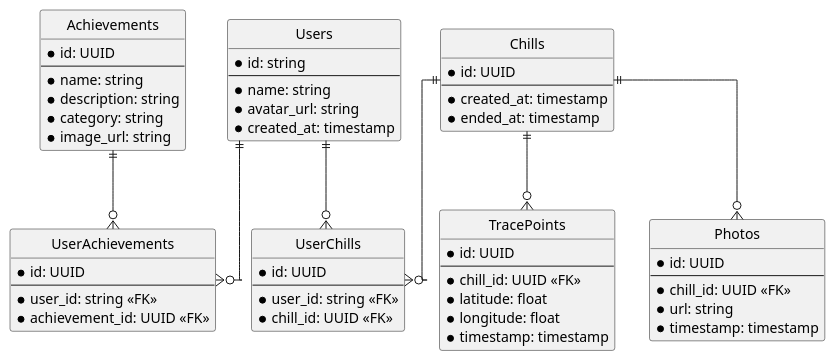
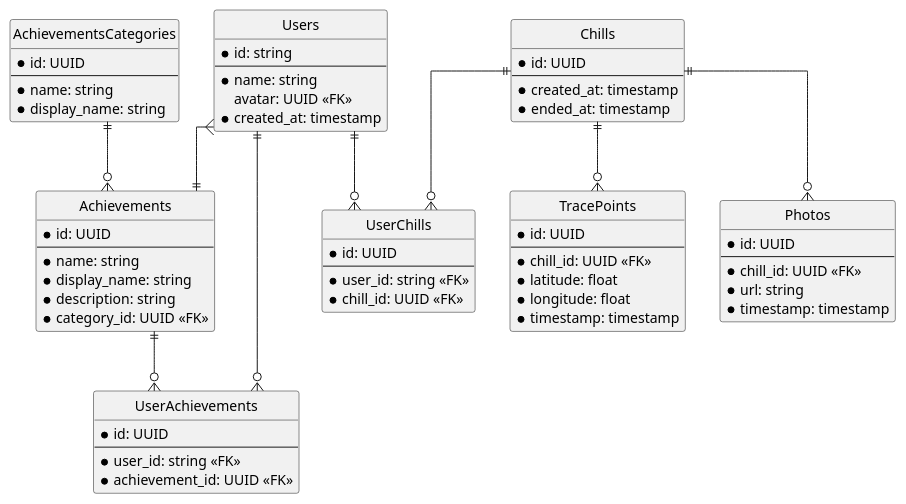
One commit to panna-cotta-2023/chilly-daze-gateway changed the diagram in docs/diagram/er_chilly_daze.pu. Above: the diagram before and after it, drawn with PlantUML. The commit also changed 12 other files, not shown here.

```diff
--- a/docs/diagram/er_chilly_daze.pu
+++ b/docs/diagram/er_chilly_daze.pu
@@ -1,72 +1,81 @@
 @startuml er_diagram
 
 ' hide the spot
 hide circle
 
 ' avoid problems with angled crows feed
 skinparam linetype ortho
 
 entity "Users" {
   * id: string
   --
   * name: string
-  * avatar_url: string
+  avatar: UUID <<FK>>
   * created_at: timestamp
+}
+
+entity "AchievementsCategories" {
+  * id: UUID
+  --
+  * name: string
+  * display_name: string
 }
 
 entity "Achievements" {
   * id: UUID
   --
-  * name: string
-  * description: string
-  * category: string
-  * image_url: string
+  *name: string
+  *display_name: string
+  *description: string
+  *category_id: UUID <<FK>>
 }
 
 entity "UserAchievements" {
   * id: UUID
   --
   * user_id: string <<FK>>
   * achievement_id: UUID <<FK>>
 }
 
 entity "Chills" {
   * id: UUID
   --
   * created_at: timestamp
   * ended_at: timestamp
 }
 
 entity "UserChills" {
   * id: UUID
   --
   * user_id: string <<FK>>
   * chill_id: UUID <<FK>>
 }
 
 entity "TracePoints" {
   * id: UUID
   --
   * chill_id: UUID <<FK>>
   * latitude: float
   * longitude: float
   * timestamp: timestamp
 }
 
 entity "Photos" {
   * id: UUID
   --
   * chill_id: UUID <<FK>>
   * url: string
   * timestamp: timestamp
 }
 
 Users ||--o{ UserAchievements
 Achievements ||--o{ UserAchievements
 Users ||--o{ UserChills
 Chills ||--o{ UserChills
 Chills ||--o{ TracePoints
 Chills ||--o{ Photos
+AchievementsCategories ||--o{ Achievements
+Users }--|| Achievements
 
 
 @enduml
```
